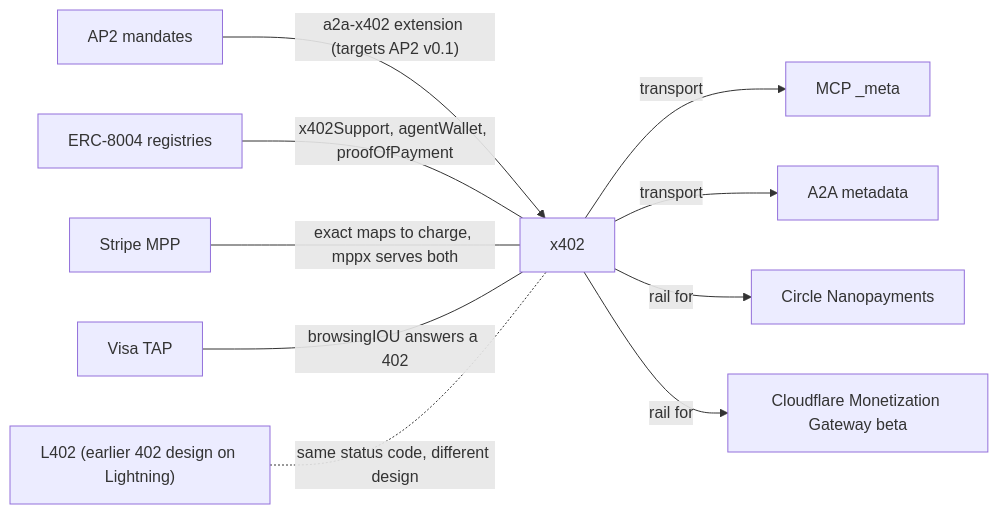
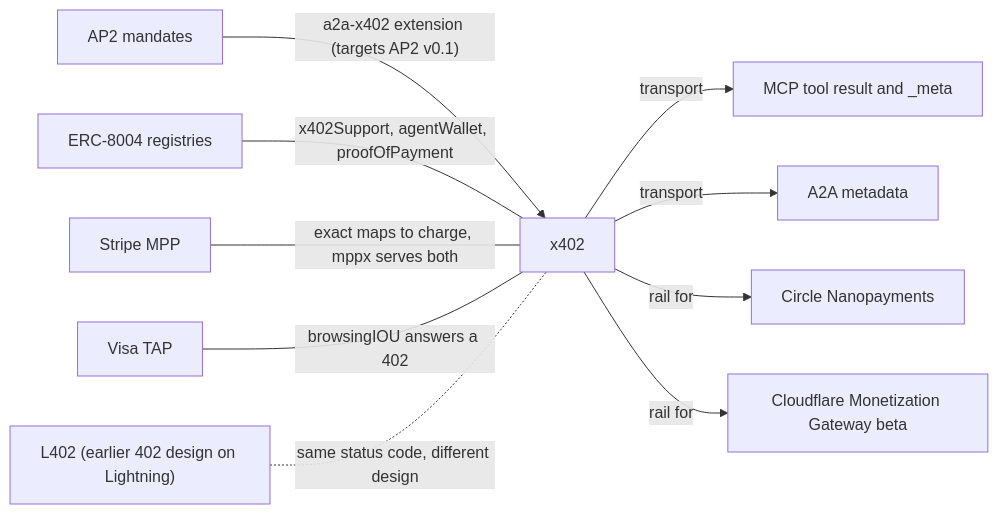
The diagram in src/content/diagrams/x402-composition.mmd (mercesAI/agentic-rails-atlas), drawn with Mermaid before and after one commit. The commit also changed 114 other files, not shown here.

```diff
--- a/src/content/diagrams/x402-composition.mmd
+++ b/src/content/diagrams/x402-composition.mmd
@@ -1,11 +1,11 @@
 flowchart LR
   X["x402"]
   AP2["AP2 mandates"] -- "a2a-x402 extension (targets AP2 v0.1)" --> X
   E8["ERC-8004 registries"] -- "x402Support, agentWallet, proofOfPayment" --- X
   MPP["Stripe MPP"] -- "exact maps to charge, mppx serves both" --- X
   TAP["Visa TAP"] -- "browsingIOU answers a 402" --- X
-  X -- "transport" --> MCP["MCP _meta"]
+  X -- "transport" --> MCP["MCP tool result and _meta"]
   X -- "transport" --> A2A["A2A metadata"]
   L4["L402 (earlier 402 design on Lightning)"] -. "same status code, different design" .- X
   X -- "rail for" --> CN["Circle Nanopayments"]
   X -- "rail for" --> MG["Cloudflare Monetization Gateway beta"]
```
